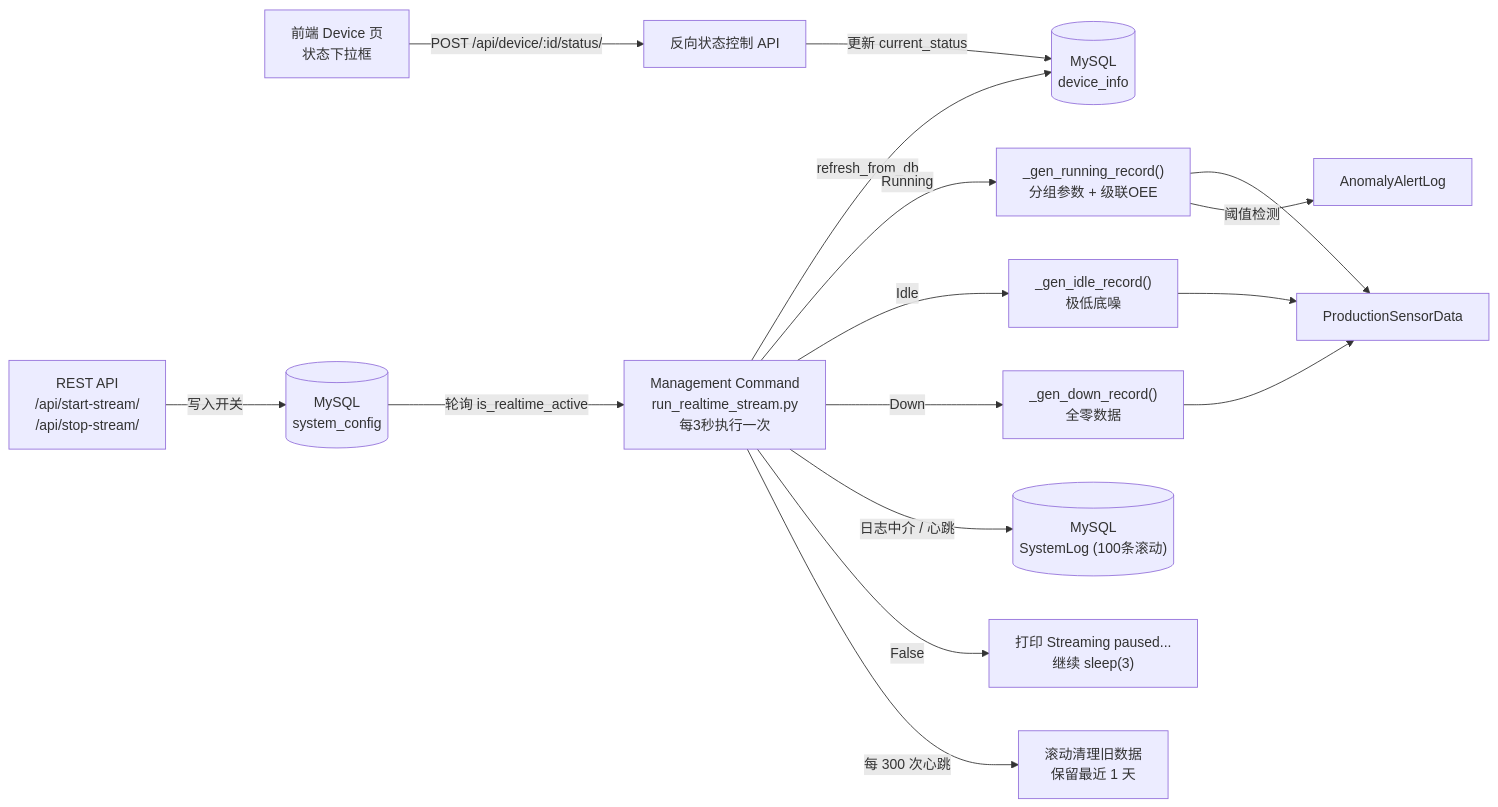
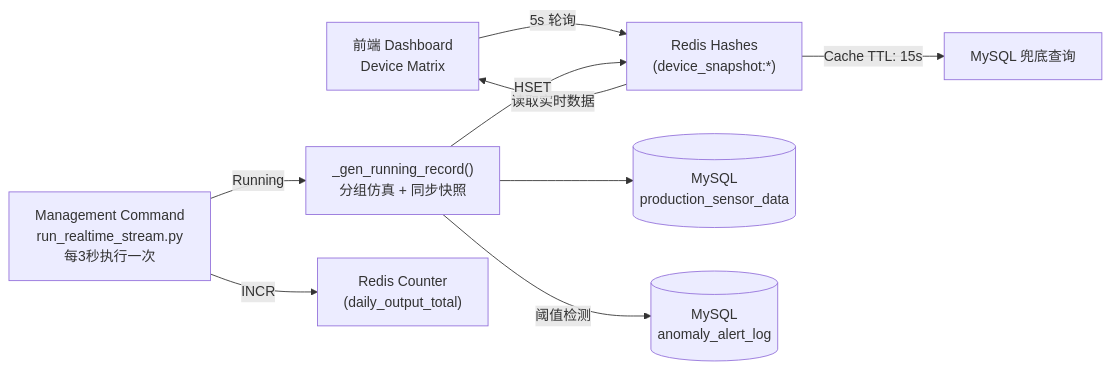
The second of 2 diagrams in Document/数据模拟设计文档.md (zhanzhikai611-del/Industrial-Anomaly-Detection), drawn with Mermaid before and after one commit. The commit also changed other lines of this file and 14 other files, not shown here.

````diff
--- a/Document/数据模拟设计文档.md
+++ b/Document/数据模拟设计文档.md
@@ -380,18 +244,11 @@
 ```mermaid
 flowchart LR
-    FE["前端 Device 页\n状态下拉框"] -->|POST /api/device/:id/status/| API_S["反向状态控制 API"]
-    API_S -->|更新 current_status| DB_D[("MySQL\ndevice_info")]
-    API["REST API\n/api/start-stream/\n/api/stop-stream/"] -->|写入开关| DB_C[("MySQL\nsystem_config")]
-    DB_C -->|轮询 is_realtime_active| CMD["Management Command\nrun_realtime_stream.py\n每3秒执行一次"]
-    CMD -->|refresh_from_db| DB_D
-    CMD -->|Running| GEN["_gen_running_record()\n分组参数 + 级联OEE"]
-    CMD -->|Idle| GEN_I["_gen_idle_record()\n极低底噪"]
-    CMD -->|Down| GEN_D["_gen_down_record()\n全零数据"]
-    GEN --> PSD["ProductionSensorData"]
-    GEN -->|阈值检测| ALT["AnomalyAlertLog"]
-    GEN_I --> PSD
-    GEN_D --> PSD
-    CMD -->|日志中介 / 心跳| SLG[("MySQL\nSystemLog (100条滚动)")]
-    CMD -->|False| PAUSE["打印 Streaming paused...\n继续 sleep(3)"]
-    CMD -->|每 300 次心跳| CLEAN["滚动清理旧数据\n保留最近 1 天"]
+    FE["前端 Dashboard\nDevice Matrix"] -->|5s 轮询| RDS["Redis Hashes\n(device_snapshot:*)"]
+    RDS -->|读取实时数据| FE
+    CMD["Management Command\nrun_realtime_stream.py\n每3秒执行一次"] -->|Running| GEN["_gen_running_record()\n分组仿真 + 同步快照"]
+    GEN --> PSD[("MySQL\nproduction_sensor_data")]
+    GEN -->|HSET| RDS
+    GEN -->|阈值检测| ALT[("MySQL\nanomaly_alert_log")]
+    RDS -->|Cache TTL: 15s| D_SQL["MySQL 兜底查询"]
+    CMD -->|INCR| D_OUT["Redis Counter\n(daily_output_total)"]
 ```
````
